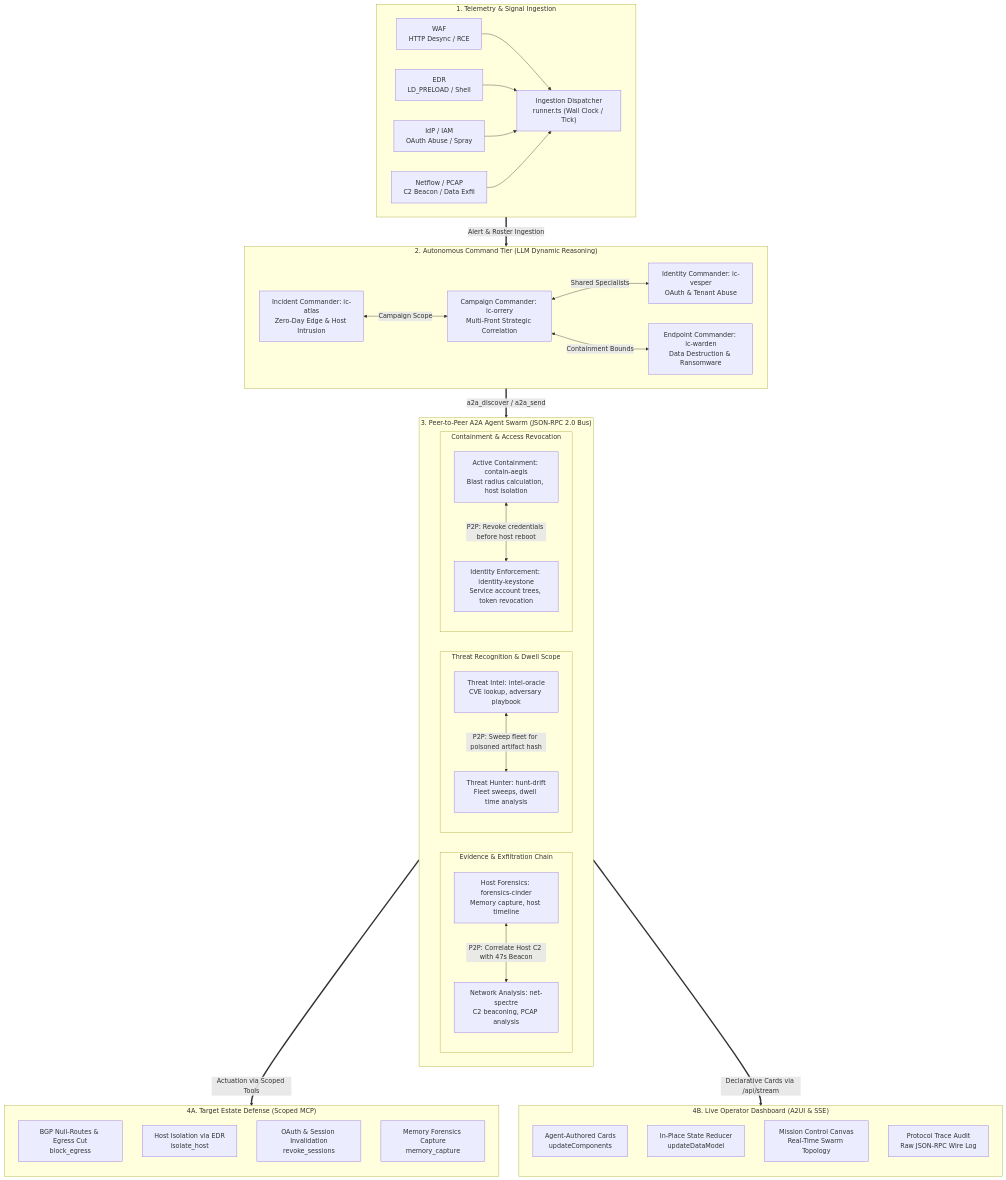
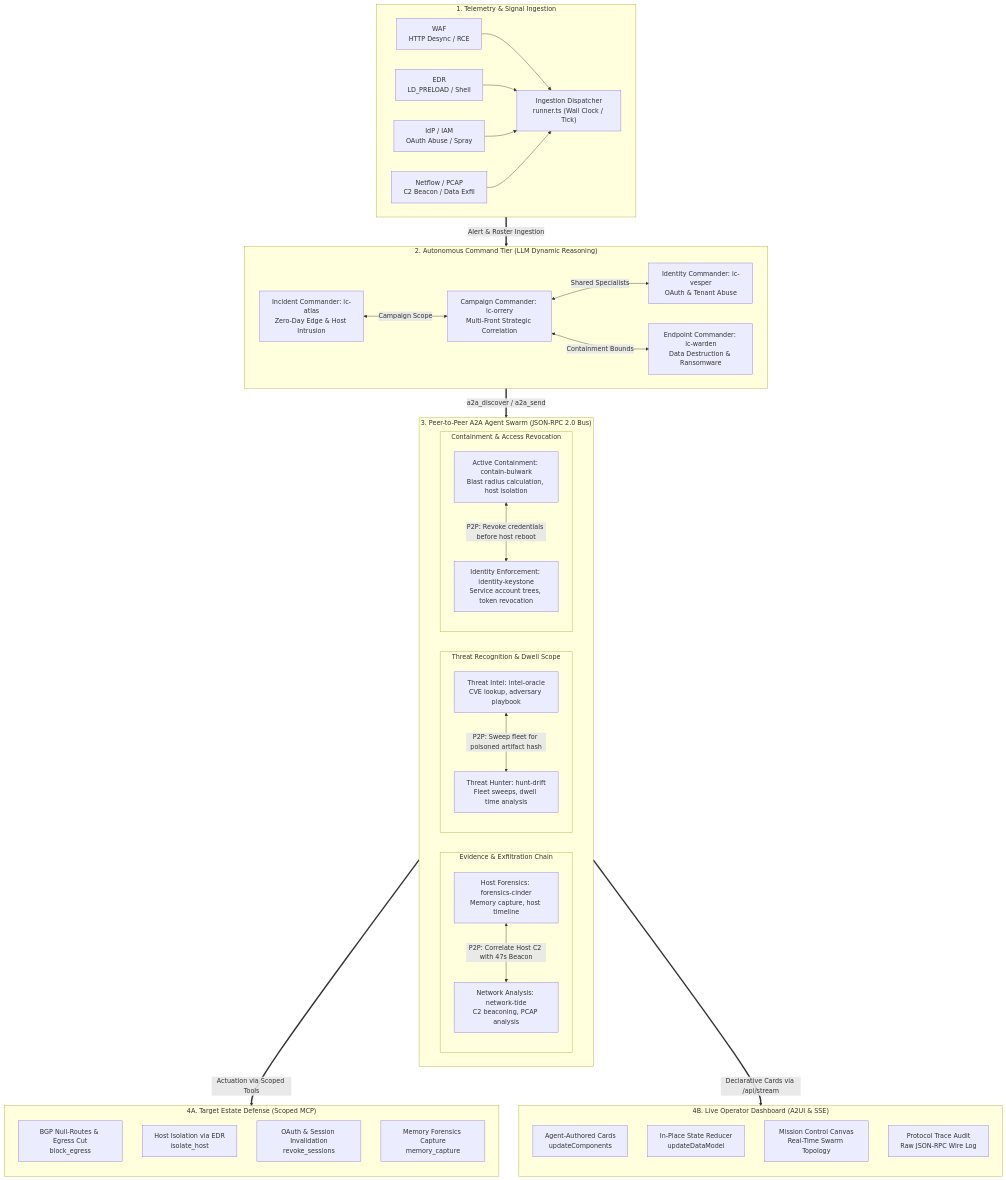
The diagram in README.md (anvil008/phalanx), drawn with Mermaid before and after one commit. The commit also changed other lines of this file and 5 other files, not shown here.

````diff
--- a/README.md
+++ b/README.md
@@ -15,73 +26,73 @@
 ```mermaid
 flowchart TD
   subgraph T1["1. Telemetry & Signal Ingestion"]
     direction LR
     WAF["WAF<br/>HTTP Desync / RCE"]
     EDR["EDR<br/>LD_PRELOAD / Shell"]
     IdP["IdP / IAM<br/>OAuth Abuse / Spray"]
     NET["Netflow / PCAP<br/>C2 Beacon / Data Exfil"]
     DISPATCH["Ingestion Dispatcher<br/>runner.ts (Wall Clock / Tick)"]
     WAF --> DISPATCH
     EDR --> DISPATCH
     IdP --> DISPATCH
     NET --> DISPATCH
   end
 
   subgraph T2["2. Autonomous Command Tier (LLM Dynamic Reasoning)"]
     direction LR
     IC_ATLAS["Incident Commander: ic-atlas<br/>Zero-Day Edge & Host Intrusion"]
     IC_ORRERY["Campaign Commander: ic-orrery<br/>Multi-Front Strategic Correlation"]
-    IC_VESPER["Identity Commander: ic-vesper<br/>OAuth & Tenant Abuse"]
+    IC_VESP["Identity Commander: ic-vesper<br/>OAuth & Tenant Abuse"]
     IC_WARDEN["Endpoint Commander: ic-warden<br/>Data Destruction & Ransomware"]
 
     IC_ATLAS <-->|"Campaign Scope"| IC_ORRERY
-    IC_ORRERY <-->|"Shared Specialists"| IC_VESPER
+    IC_ORRERY <-->|"Shared Specialists"| IC_VESP
     IC_ORRERY <-->|"Containment Bounds"| IC_WARDEN
   end
 
   DISPATCH ==>|"Alert & Roster Ingestion"| T2
 
   subgraph T3["3. Peer-to-Peer A2A Agent Swarm (JSON-RPC 2.0 Bus)"]
     subgraph C1["Evidence & Exfiltration Chain"]
       direction TB
       CINDER["Host Forensics: forensics-cinder<br/>Memory capture, host timeline"]
-      SPECTRE["Network Analysis: net-spectre<br/>C2 beaconing, PCAP analysis"]
-      CINDER <-->|"P2P: Correlate Host C2 with 47s Beacon"| SPECTRE
+      TIDE["Network Analysis: network-tide<br/>C2 beaconing, PCAP analysis"]
+      CINDER <-->|"P2P: Correlate Host C2 with 47s Beacon"| TIDE
     end
 
     subgraph C2["Threat Recognition & Dwell Scope"]
       direction TB
       ORACLE["Threat Intel: intel-oracle<br/>CVE lookup, adversary playbook"]
       DRIFT["Threat Hunter: hunt-drift<br/>Fleet sweeps, dwell time analysis"]
       ORACLE <-->|"P2P: Sweep fleet for poisoned artifact hash"| DRIFT
     end
 
     subgraph C3["Containment & Access Revocation"]
       direction TB
-      AEGIS["Active Containment: contain-aegis<br/>Blast radius calculation, host isolation"]
+      BULWARK["Active Containment: contain-bulwark<br/>Blast radius calculation, host isolation"]
       KEYSTONE["Identity Enforcement: identity-keystone<br/>Service account trees, token revocation"]
-      AEGIS <-->|"P2P: Revoke credentials before host reboot"| KEYSTONE
+      BULWARK <-->|"P2P: Revoke credentials before host reboot"| KEYSTONE
     end
   end
 
   T2 ==>|"a2a_discover / a2a_send"| T3
 
   subgraph T4A["4A. Target Estate Defense (Scoped MCP)"]
     direction TB
     MCP_NET["BGP Null-Routes & Egress Cut<br/>block_egress"]
     MCP_HOST["Host Isolation via EDR<br/>isolate_host"]
     MCP_IAM["OAuth & Session Invalidation<br/>revoke_sessions"]
     MCP_MEM["Memory Forensics Capture<br/>memory_capture"]
   end
 
   subgraph T4B["4B. Live Operator Dashboard (A2UI & SSE)"]
     direction TB
     A2UI_CARDS["Agent-Authored Cards<br/>updateComponents"]
     A2UI_STATE["In-Place State Reducer<br/>updateDataModel"]
     A2UI_CANVAS["Mission Control Canvas<br/>Real-Time Swarm Topology"]
     A2UI_AUDIT["Protocol Trace Audit<br/>Raw JSON-RPC Wire Log"]
   end
 
   T3 ==>|"Actuation via Scoped Tools"| T4A
   T3 ==>|"Declarative Cards via /api/stream"| T4B
 ```
````
